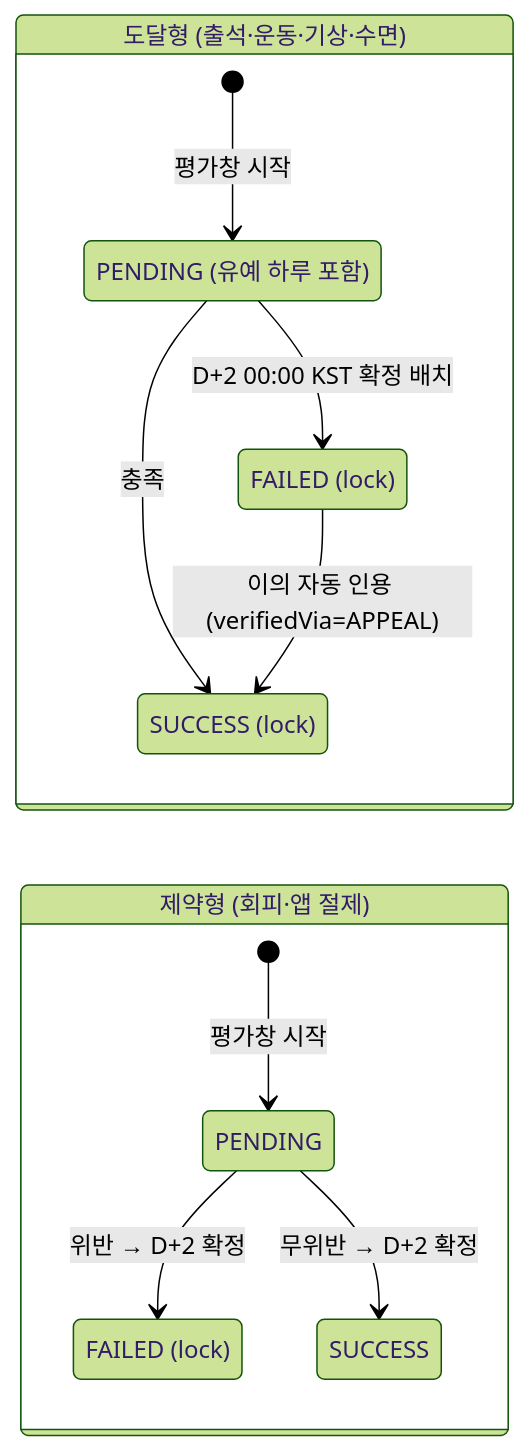
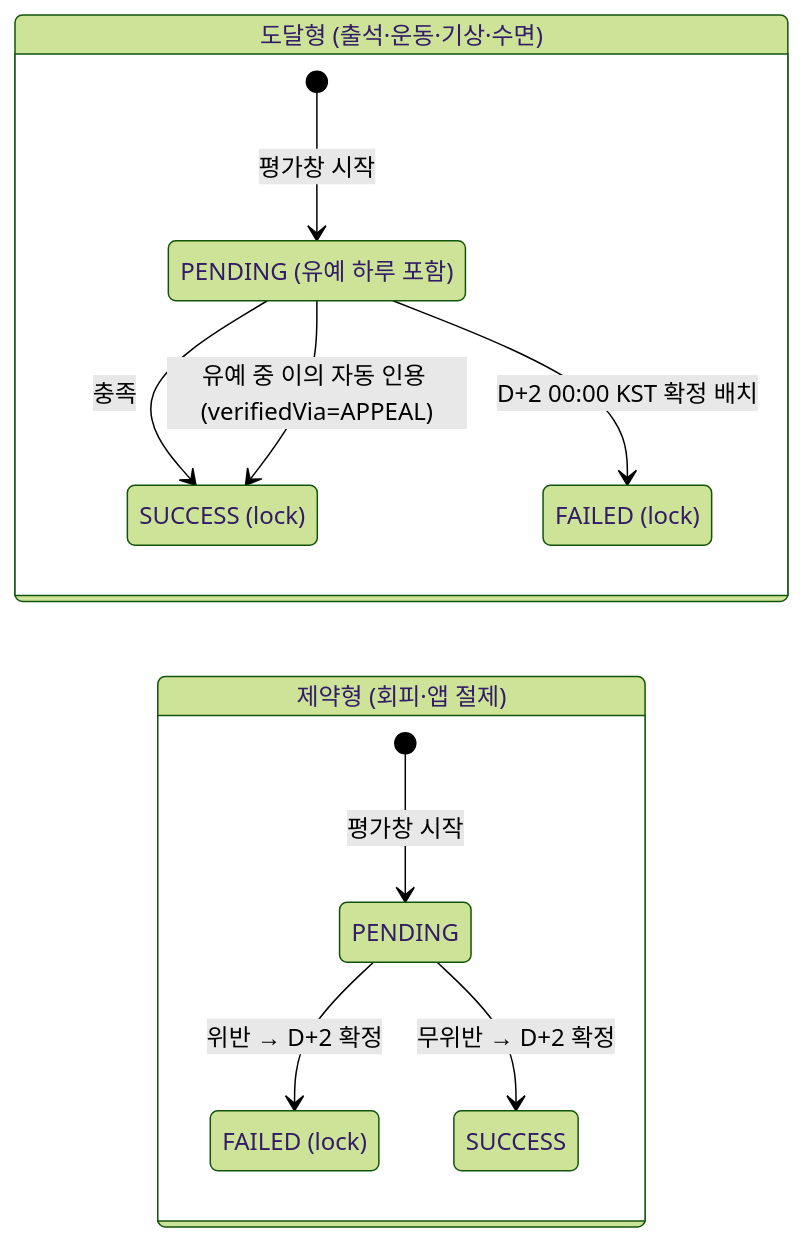
One commit to RuleUp-ASM/Backend changed the ninth of 10 diagrams in docs/check/인증구현.md. Above: the diagram before and after it, drawn with Mermaid (forest theme). The commit also changed other lines of this file and 4 other files, not shown here.

````diff
--- a/docs/check/인증구현.md
+++ b/docs/check/인증구현.md
@@ -455,21 +455,21 @@
 ```mermaid
 stateDiagram-v2
 direction LR
 state "도달형 (출석·운동·기상·수면)" as Reach {
 [*] --> P1 : 평가창 시작
 P1 : PENDING (유예 하루 포함)
 P1 --> S1 : 충족
 P1 --> L1 : D+2 00:00 KST 확정 배치
 S1 : SUCCESS (lock)
 L1 : FAILED (lock)
-L1 --> S1 : 이의 자동 인용 (verifiedVia=APPEAL)
+P1 --> S1 : 유예 중 이의 자동 인용 (verifiedVia=APPEAL)
 }
 state "제약형 (회피·앱 절제)" as Constraint {
 [*] --> P2 : 평가창 시작
 P2 : PENDING
 P2 --> L2 : 위반 → D+2 확정
 P2 --> S2 : 무위반 → D+2 확정
 S2 : SUCCESS
 L2 : FAILED (lock)
 }
 ```
````
